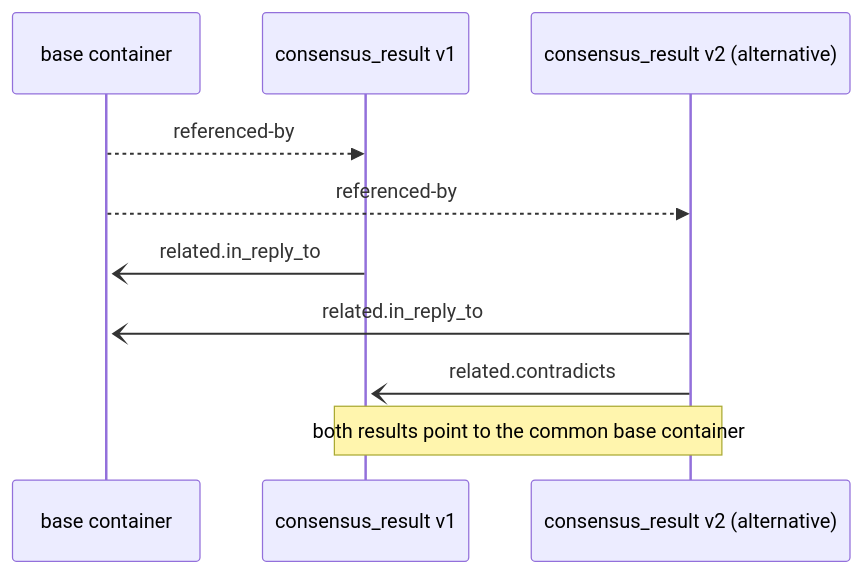
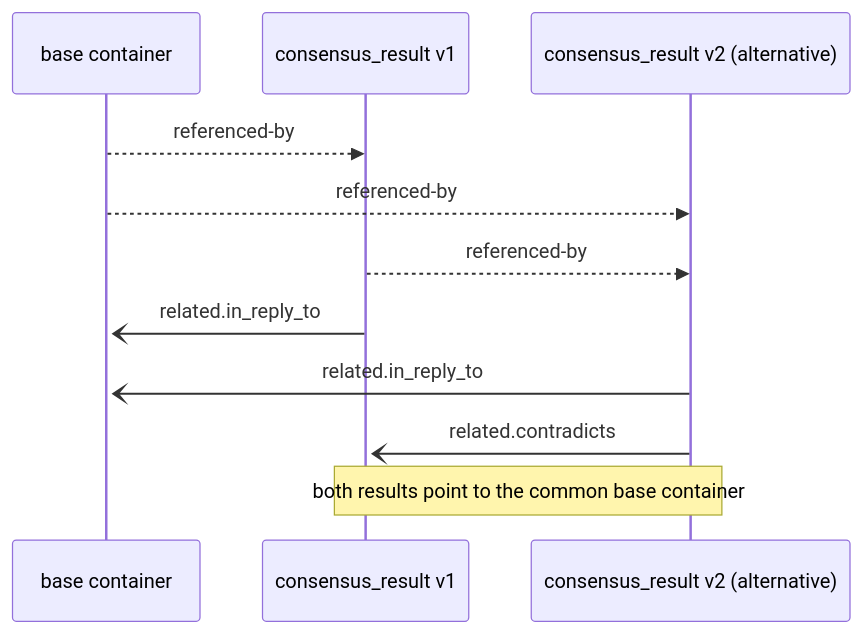
One commit to kagvi13/HMP changed the diagram in docs/HMP-0005.md. Above: the diagram before and after it, drawn with Mermaid. The commit also changed other lines of this file, not shown here.

````diff
--- a/docs/HMP-0005.md
+++ b/docs/HMP-0005.md
@@ -1921,14 +1921,15 @@
 ```mermaid
 sequenceDiagram
     participant A as base container
     participant B as consensus_result v1
     participant C as consensus_result v2 (alternative)
 
     A-->>B: referenced-by
     A-->>C: referenced-by
+    B-->>C: referenced-by
     B-)+A: related.in_reply_to
     C-)+A: related.in_reply_to
     C-)+B: related.contradicts
 
     Note over B,C: both results point to the common base container
 ```
````
